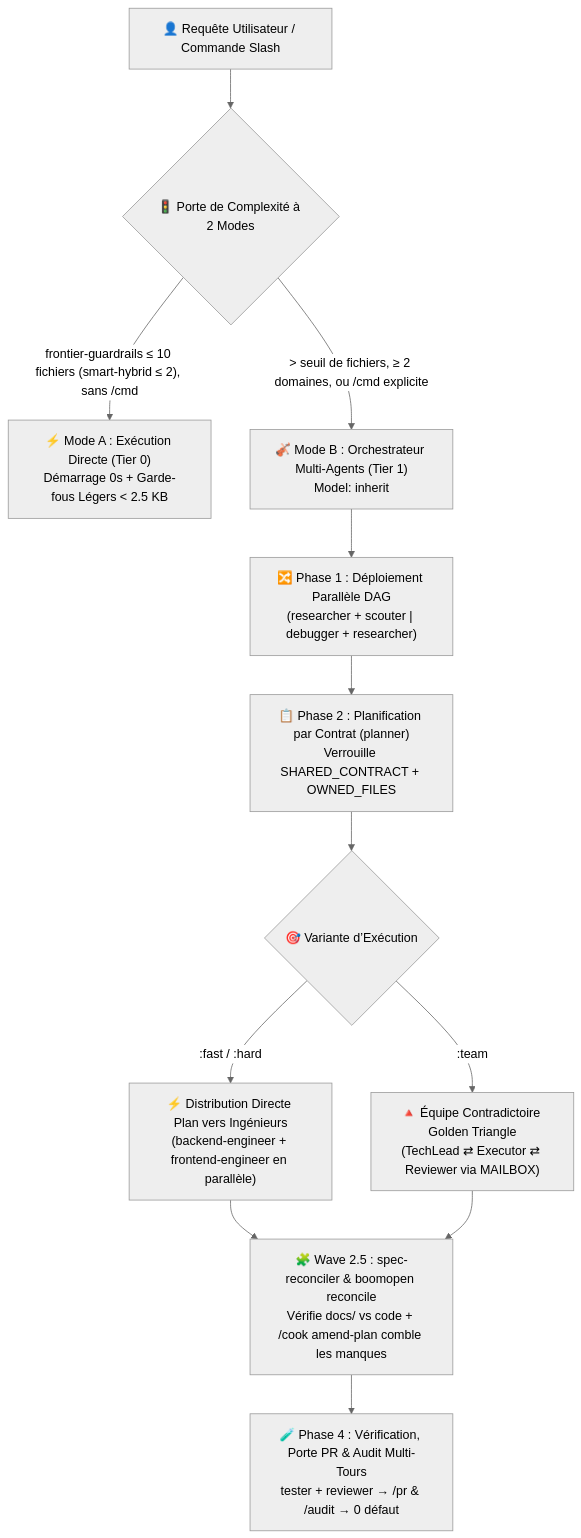
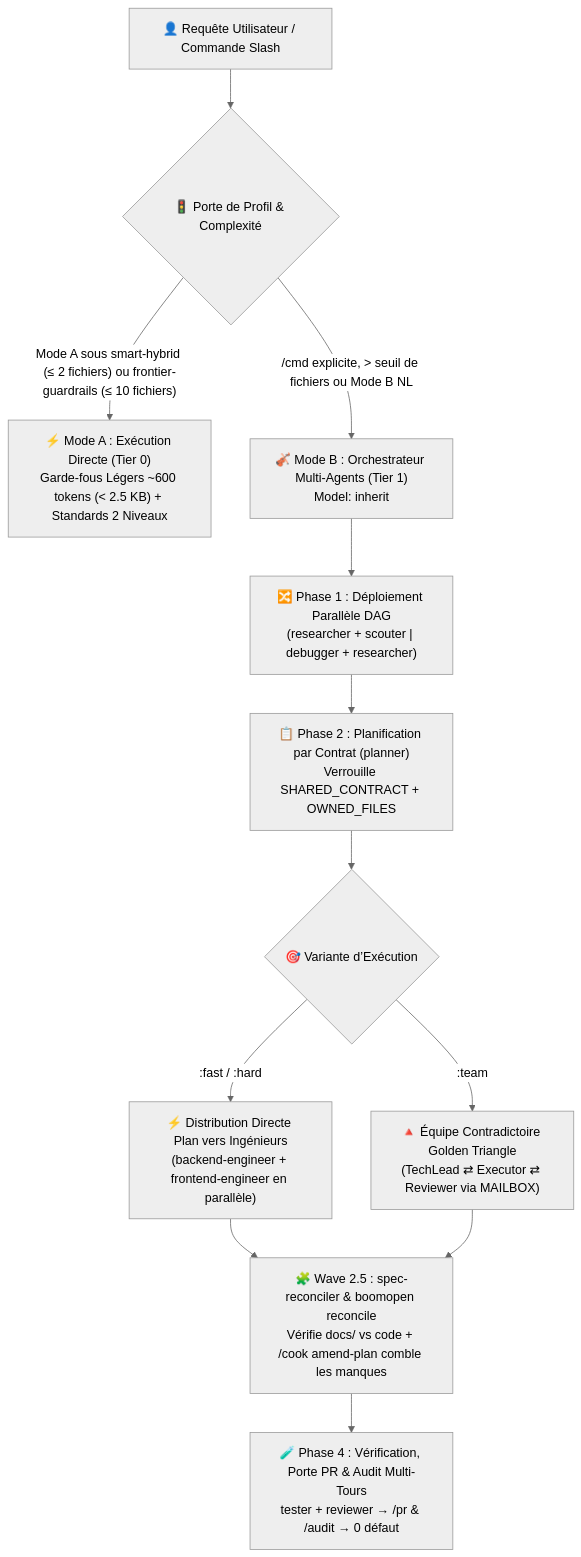
One commit to Kennyboom/BoomOpen-Workflow-Kit-Pro changed the diagram in i18n/README.fr.md. Above: the diagram before and after it, drawn with Mermaid (neutral theme). The commit also changed other lines of this file and 16 other files, not shown here.

Commit message:
docs(i18n,changelog): align all 16 localized READMEs and CHANGELOG to smart-hybrid default

````diff
--- a/i18n/README.fr.md
+++ b/i18n/README.fr.md
@@ -57,17 +57,17 @@
 ```mermaid
 flowchart TD
-    User["👤 Requête Utilisateur / Commande Slash"] --> Gate{"🚦 Porte de Complexité à 2 Modes"}
-    Gate -->|"frontier-guardrails ≤ 10 fichiers (smart-hybrid ≤ 2), sans /cmd"| ModeA["⚡ Mode A : Exécution Directe (Tier 0)<br/>Démarrage 0s + Garde-fous Légers < 2.5 KB"]
-    Gate -->|"> seuil de fichiers, ≥ 2 domaines, ou /cmd explicite"| ModeB["🎻 Mode B : Orchestrateur Multi-Agents (Tier 1)<br/>Model: inherit"]
+    User["👤 Requête Utilisateur / Commande Slash"] --> Gate{"🚦 Porte de Profil & Complexité"}
+    Gate -->|"Mode A sous smart-hybrid (≤ 2 fichiers) ou frontier-guardrails (≤ 10 fichiers)"| ModeA["⚡ Mode A : Exécution Directe (Tier 0)<br/>Garde-fous Légers ~600 tokens (< 2.5 KB) + Standards 2 Niveaux"]
+    Gate -->|"/cmd explicite, > seuil de fichiers ou Mode B NL"| ModeB["🎻 Mode B : Orchestrateur Multi-Agents (Tier 1)<br/>Model: inherit"]
 
     ModeB --> FanOut["🔀 Phase 1 : Déploiement Parallèle DAG<br/>(researcher + scouter | debugger + researcher)"]
     FanOut --> Plan["📋 Phase 2 : Planification par Contrat (planner)<br/>Verrouille SHARED_CONTRACT + OWNED_FILES"]
     Plan --> Dispatch{"🎯 Variante d’Exécution"}
 
     Dispatch -->|":fast / :hard"| Direct["⚡ Distribution Directe Plan vers Ingénieurs<br/>(backend-engineer + frontend-engineer en parallèle)"]
     Dispatch -->|":team"| Triangle["🔺 Équipe Contradictoire Golden Triangle<br/>(TechLead ⇄ Executor ⇄ Reviewer via MAILBOX)"]
 
     Direct --> Reconcile["🧩 Wave 2.5 : spec-reconciler & boomopen reconcile<br/>Vérifie docs/ vs code + /cook amend-plan comble les manques"]
     Triangle --> Reconcile
     Reconcile --> Verify["🧪 Phase 4 : Vérification, Porte PR & Audit Multi-Tours<br/>tester + reviewer → /pr & /audit → 0 défaut"]
 ```
````
